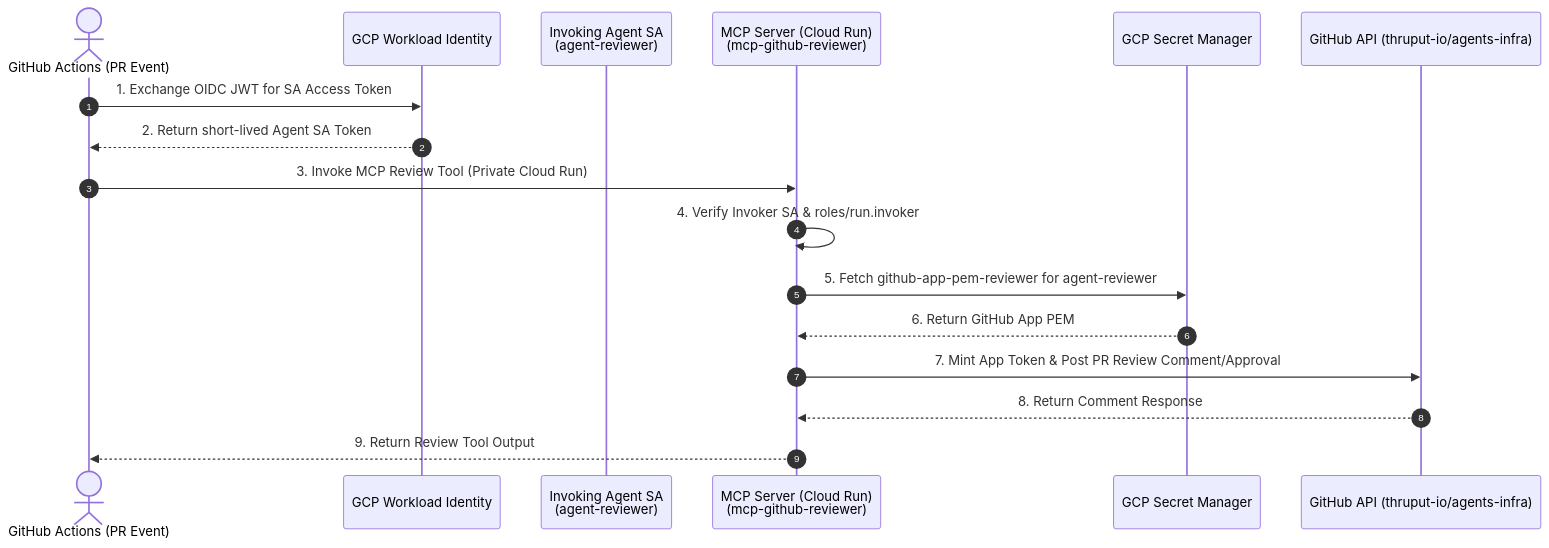
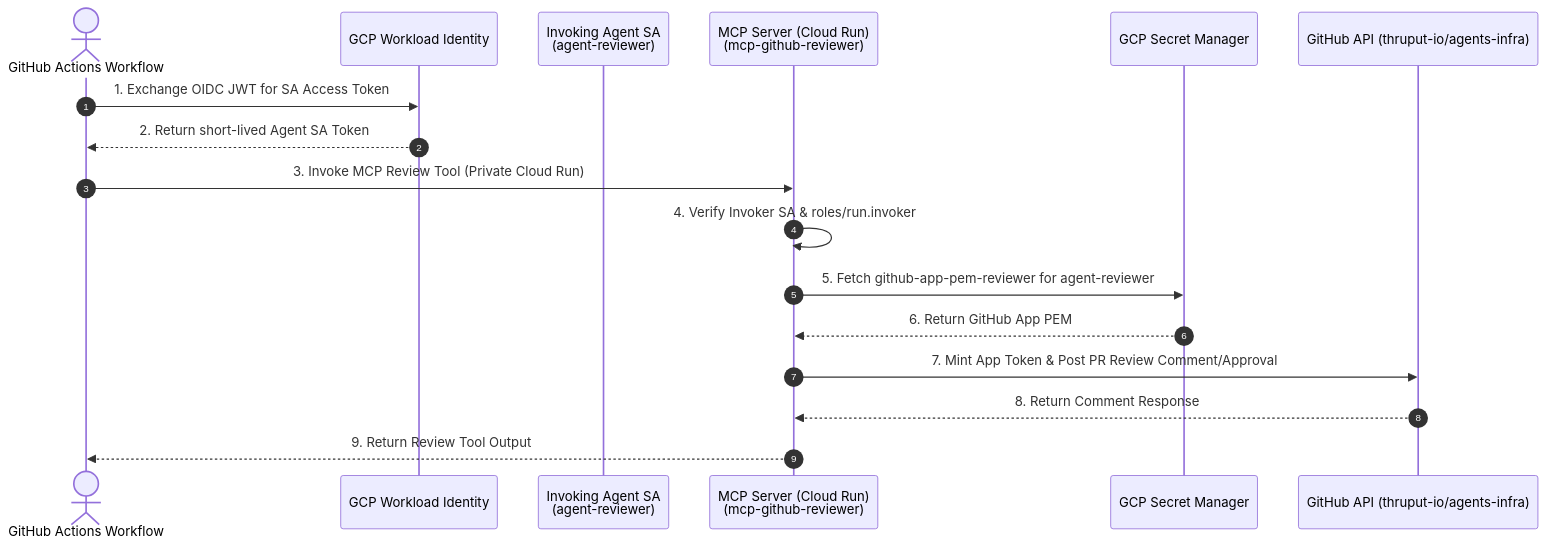
The diagram in docs/plans/automated-pr-reviewer/pr-reviewer-plan.md (thruput-io/agents-infra), drawn with Mermaid before and after one commit. The commit also changed other lines of this file, not shown here.

Commit message:
docs(plan): finalize implementation plan for Automated PR Reviewer flow

````diff
--- a/docs/plans/automated-pr-reviewer/pr-reviewer-plan.md
+++ b/docs/plans/automated-pr-reviewer/pr-reviewer-plan.md
@@ -13,20 +13,20 @@
 ```mermaid
 sequenceDiagram
     autonumber
-    actor GHA as GitHub Actions (PR Event)
+    actor GHA as GitHub Actions Workflow
     participant WIF as GCP Workload Identity
     participant SA as Invoking Agent SA<br/>(agent-reviewer)
     participant Run as MCP Server (Cloud Run)<br/>(mcp-github-reviewer)
     participant SM as GCP Secret Manager
     participant GH as GitHub API (thruput-io/agents-infra)
 
     GHA->>WIF: 1. Exchange OIDC JWT for SA Access Token
     WIF-->>GHA: 2. Return short-lived Agent SA Token
     GHA->>Run: 3. Invoke MCP Review Tool (Private Cloud Run)
     Run->>Run: 4. Verify Invoker SA & roles/run.invoker
     Run->>SM: 5. Fetch github-app-pem-reviewer for agent-reviewer
     SM-->>Run: 6. Return GitHub App PEM
     Run->>GH: 7. Mint App Token & Post PR Review Comment/Approval
     GH-->>Run: 8. Return Comment Response
     Run-->>GHA: 9. Return Review Tool Output
 ```
````
